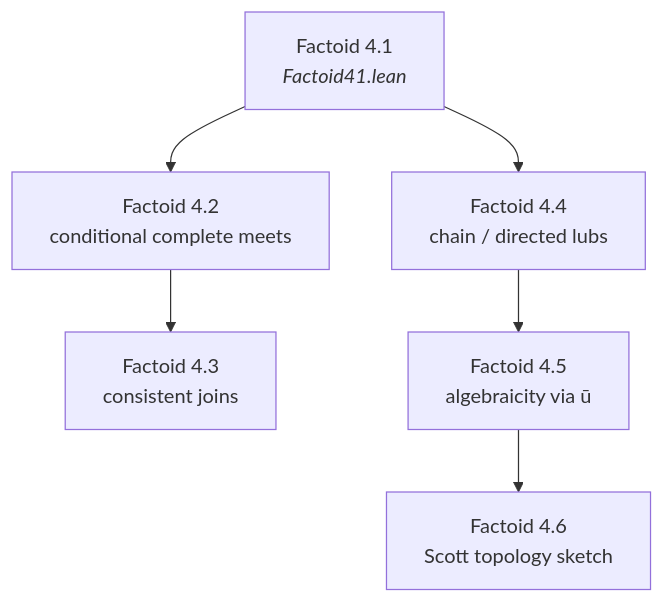
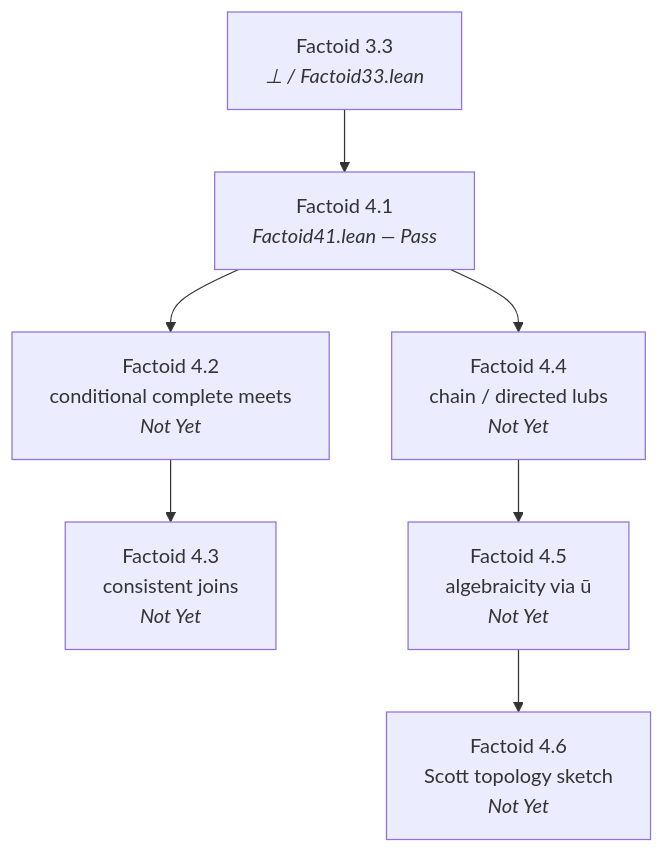
One commit to catskillsresearch/scott1982 changed the sixth of 10 diagrams in arxiv.md. Above: the diagram before and after it, drawn with Mermaid. The commit also changed other lines of this file and 12 other files, not shown here.

First line of the commit message:
Align arXiv pipeline with scott1980 and refresh Mermaid maps.

````diff
--- a/arxiv.md
+++ b/arxiv.md
@@ -301,12 +319,14 @@
 ```mermaid
 flowchart TD
-  F41["Factoid 4.1<br/><i>Factoid41.lean</i>"]
-  F42["Factoid 4.2<br/>conditional complete meets"]
-  F43["Factoid 4.3<br/>consistent joins"]
-  F44["Factoid 4.4<br/>chain / directed lubs"]
-  F45["Factoid 4.5<br/>algebraicity via ū"]
-  F46["Factoid 4.6<br/>Scott topology sketch"]
+  F33["Factoid 3.3<br/><i>⊥ / Factoid33.lean</i>"]
+  F41["Factoid 4.1<br/><i>Factoid41.lean — Pass</i>"]
+  F42["Factoid 4.2<br/>conditional complete meets<br/><i>Not Yet</i>"]
+  F43["Factoid 4.3<br/>consistent joins<br/><i>Not Yet</i>"]
+  F44["Factoid 4.4<br/>chain / directed lubs<br/><i>Not Yet</i>"]
+  F45["Factoid 4.5<br/>algebraicity via ū<br/><i>Not Yet</i>"]
+  F46["Factoid 4.6<br/>Scott topology sketch<br/><i>Not Yet</i>"]
+  F33 --> F41
   F41 --> F42 --> F43
   F41 --> F44 --> F45
   F45 --> F46
 ```
````
